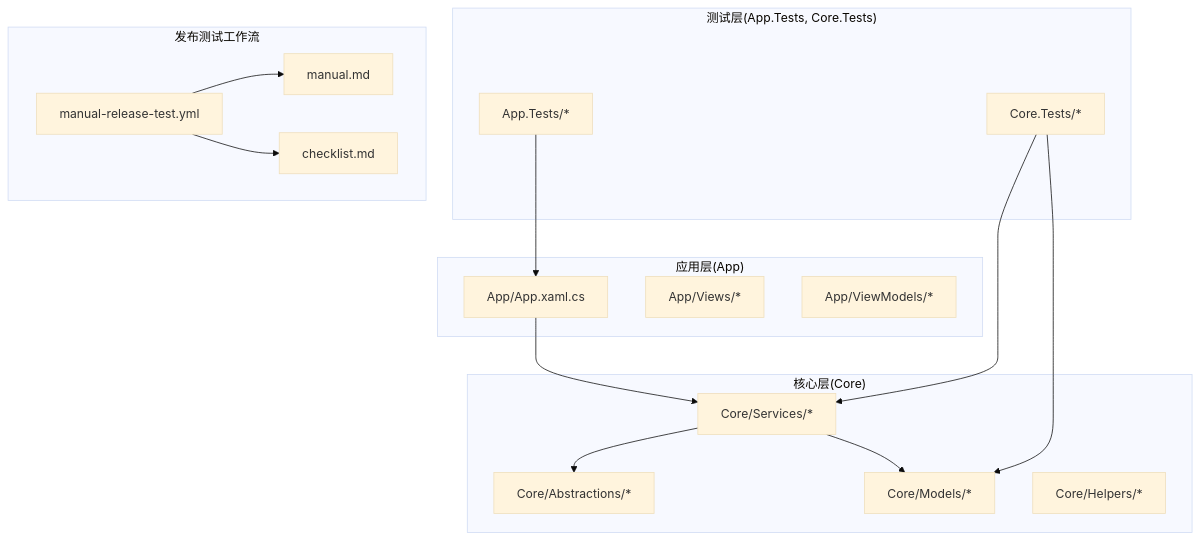
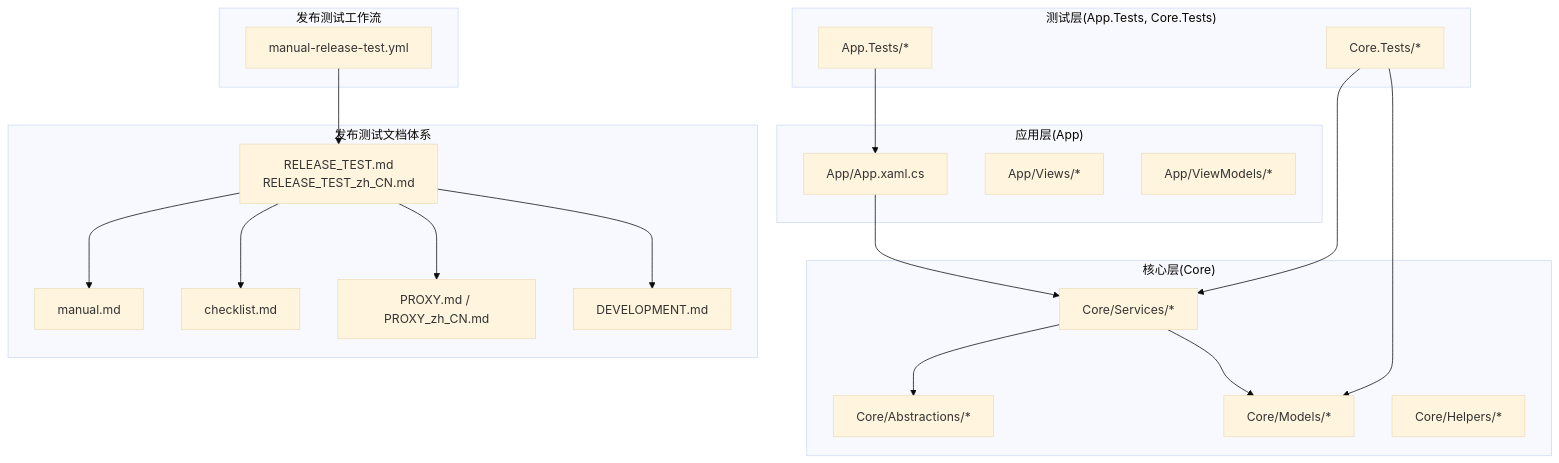
The first of 5 diagrams in .qoder/repowiki/zh/content/开发指南/测试策略与质量保证.md (terwer/autojs6-dev-tools), drawn with Mermaid (base theme) before and after one commit. The commit also changed other lines of this file and 4 other files, not shown here.

First line of the commit message:
docs(release): enhance release-please config and add release test documentation

````diff
--- a/.qoder/repowiki/zh/content/开发指南/测试策略与质量保证.md
+++ b/.qoder/repowiki/zh/content/开发指南/测试策略与质量保证.md
@@ -60,31 +59,39 @@
 ```mermaid
 graph TB
 subgraph "应用层(App)"
 APP["App/App.xaml.cs"]
 VIEWS["App/Views/*"]
 VM["App/ViewModels/*"]
 end
 subgraph "核心层(Core)"
 IFACES["Core/Abstractions/*"]
 MODELS["Core/Models/*"]
 HELPERS["Core/Helpers/*"]
 SERVICES["Core/Services/*"]
 end
 subgraph "测试层(App.Tests, Core.Tests)"
 AT["App.Tests/*"]
 CT["Core.Tests/*"]
 end
+subgraph "发布测试文档体系"
+ENTRY["RELEASE_TEST.md<br/>RELEASE_TEST_zh_CN.md"]
+MANUAL["manual.md"]
+CHECKLIST["checklist.md"]
+PROXY["PROXY.md / PROXY_zh_CN.md"]
+DEV["DEVELOPMENT.md"]
+end
 subgraph "发布测试工作流"
 WT["manual-release-test.yml"]
-DOC["manual.md"]
-CHK["checklist.md"]
 end
 APP --> SERVICES
 SERVICES --> MODELS
 SERVICES --> IFACES
 AT --> APP
 CT --> SERVICES
 CT --> MODELS
-WT --> DOC
-WT --> CHK
+ENTRY --> MANUAL
+ENTRY --> CHECKLIST
+ENTRY --> PROXY
+ENTRY --> DEV
+WT --> ENTRY
 ```
````
